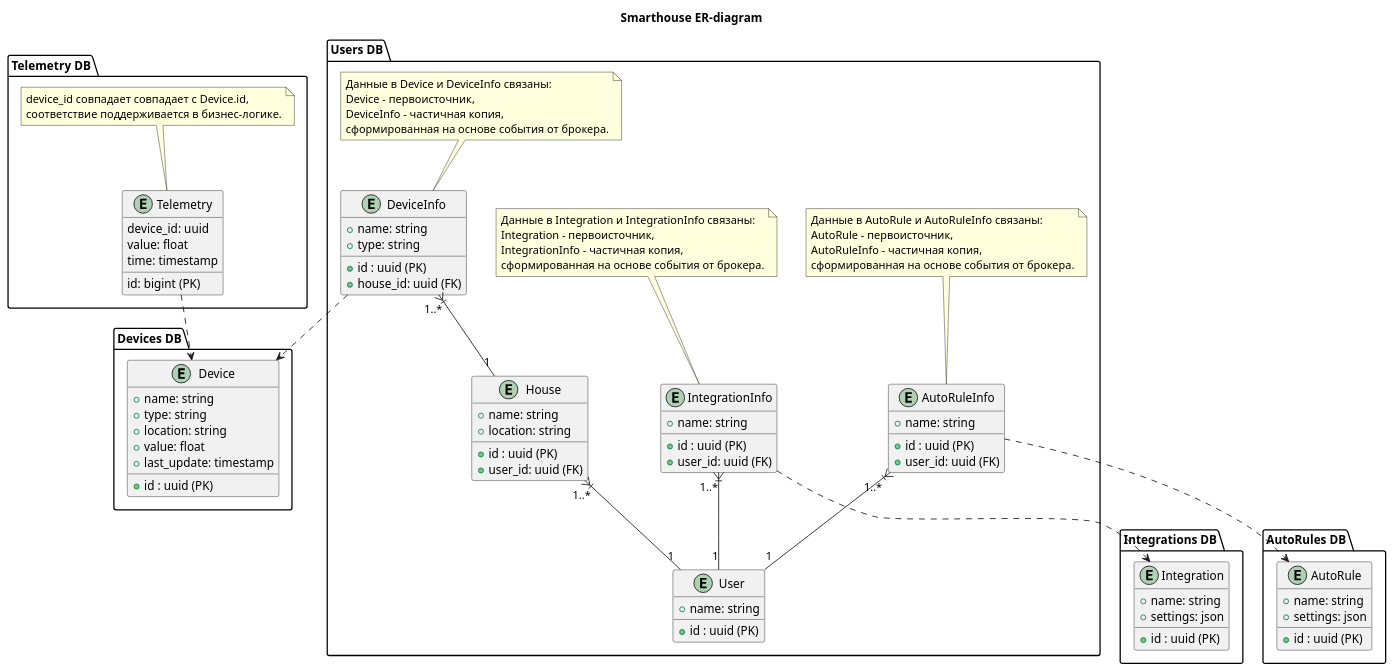
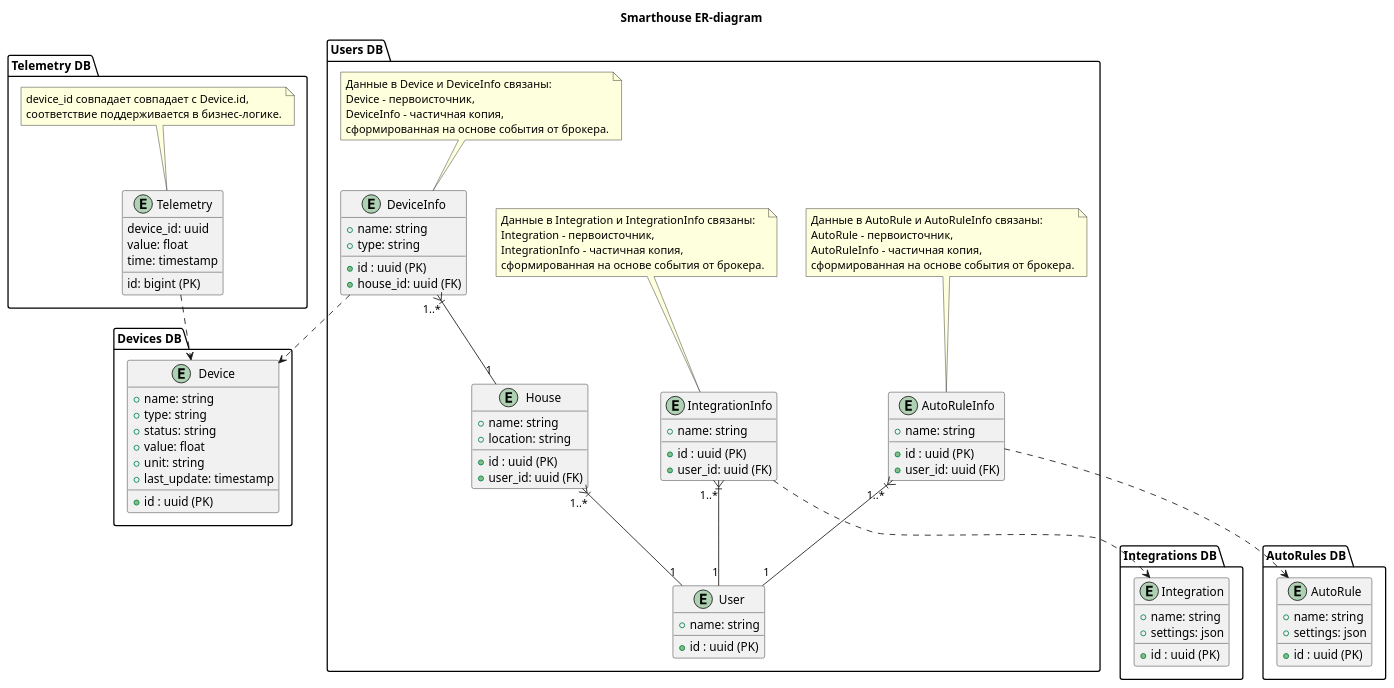
One commit to turistigor/yap-arch-task1-warmhouse changed the diagram in schemas/to_be/er.puml. Above: the diagram before and after it, drawn with PlantUML. The commit also changed 11 other files, not shown here.

```diff
--- a/schemas/to_be/er.puml
+++ b/schemas/to_be/er.puml
@@ -1,121 +1,122 @@
 @startuml msa_er
 
 ' Initial settings:
 
 title Smarthouse ER-diagram
 
 top to bottom direction
 
 
 ' Actors & components:
 
 package "Users DB" as user_db{
     entity User {
         +id : uuid (PK)
         +name: string
     }
 
     entity House {
         +id : uuid (PK)
         +name: string
         +location: string
         +user_id: uuid (FK)
     }
 
     entity DeviceInfo {
         +id : uuid (PK)
         +name: string
         +type: string
         +house_id: uuid (FK)
     }
 
     note top of DeviceInfo
         Данные в Device и DeviceInfo связаны:
         Device - первоисточник,
         DeviceInfo - частичная копия,
         сформированная на основе события от брокера.
     end note
 
     entity IntegrationInfo {
         +id : uuid (PK)
         +name: string
         +user_id: uuid (FK)
     }
 
     note top of IntegrationInfo
         Данные в Integration и IntegrationInfo связаны:
         Integration - первоисточник,
         IntegrationInfo - частичная копия,
         сформированная на основе события от брокера.
     end note
 
     entity AutoRuleInfo {
         +id : uuid (PK)
         +name: string
         +user_id: uuid (FK)
     }
 
     note top of AutoRuleInfo
         Данные в AutoRule и AutoRuleInfo связаны:
         AutoRule - первоисточник,
         AutoRuleInfo - частичная копия,
         сформированная на основе события от брокера.
     end note
 }
 
 package "Devices DB" as dev_db {
     entity Device {
         +id : uuid (PK)
         +name: string
         +type: string
-        +location: string
+        +status: string
         +value: float
+        +unit: string
         +last_update: timestamp
     }
 }
 
 package "Telemetry DB" as tm_db {
     entity Telemetry {
         id: bigint (PK)
         device_id: uuid
         value: float
         time: timestamp
     }
 
     note top of Telemetry
         device_id совпадает совпадает с Device.id,
         соответствие поддерживается в бизнес-логике.
     endnote
 }
 
 package "AutoRules DB" as rules_db {
     entity AutoRule {
         +id : uuid (PK)
         +name: string
         +settings: json
     }
 }
 
 package "Integrations DB" as integrs_db {
     entity Integration {
         +id : uuid (PK)
         +name: string
         +settings: json
     }
 }
 
 ' Relations:
 
 House "1..*" }|-- "1" User
 DeviceInfo "1..*" }|-- "1" House
 
 IntegrationInfo "1..*" }|-- "1" User
 
 AutoRuleInfo "1..*" }|-- "1" User
 
 DeviceInfo ..> Device
 AutoRuleInfo ..> AutoRule
 IntegrationInfo ..> Integration
 Telemetry ..> Device
 
 @enduml
```
